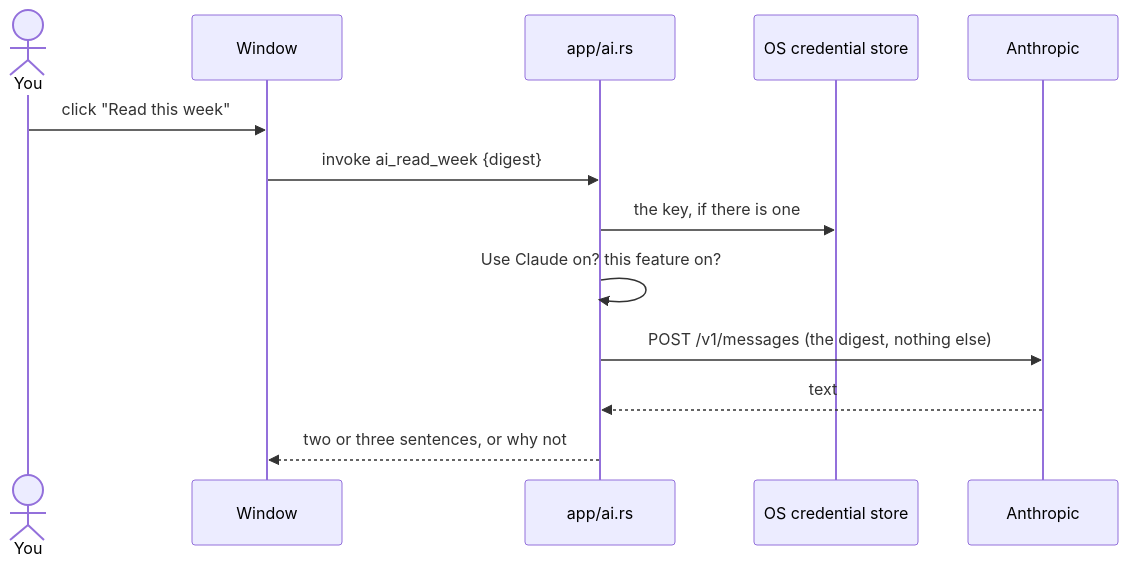
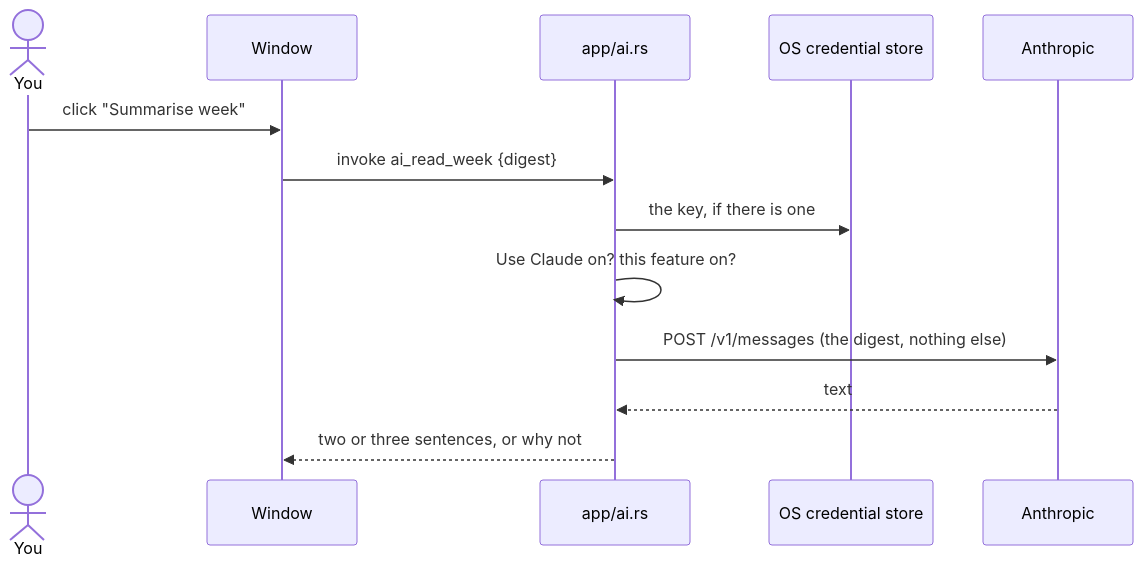
Before and after one commit to ax5hay/KeepMeAwake: the sixth of 9 diagrams in docs/architecture.md, drawn with Mermaid. The commit also changed other lines of this file and 23 other files, not shown here.

````diff
--- a/docs/architecture.md
+++ b/docs/architecture.md
@@ -232,15 +232,15 @@
 ```mermaid
 sequenceDiagram
     actor U as You
     participant UI as Window
     participant A as app/ai.rs
     participant K as OS credential store
     participant C as Anthropic
-    U->>UI: click "Read this week"
+    U->>UI: click "Summarise week"
     UI->>A: invoke ai_read_week {digest}
     A->>K: the key, if there is one
     A->>A: Use Claude on? this feature on?
     A->>C: POST /v1/messages (the digest, nothing else)
     C-->>A: text
     A-->>UI: two or three sentences, or why not
 ```
````
